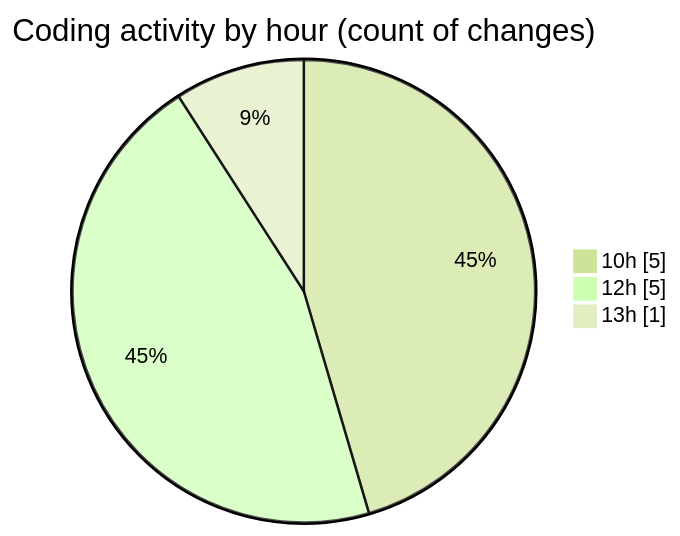
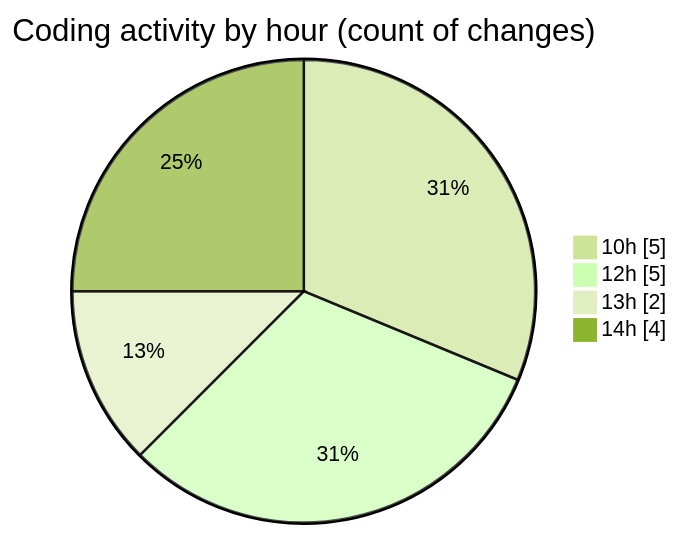
Before and after one commit to Ritupan-Deka/code-tracking: the second of 2 diagrams in 2025-07-07/urlwebwala_intership_work/README.md, drawn with Mermaid (forest theme). The commit also changed other lines of this file and 1 other file, not shown here.

````diff
--- a/2025-07-07/urlwebwala_intership_work/README.md
+++ b/2025-07-07/urlwebwala_intership_work/README.md
@@ -30,7 +30,8 @@
 ```mermaid
 pie showData
 title Coding activity by hour (count of changes)
 "10h" : 5
 "12h" : 5
-"13h" : 1
+"13h" : 2
+"14h" : 4
 ```
````
